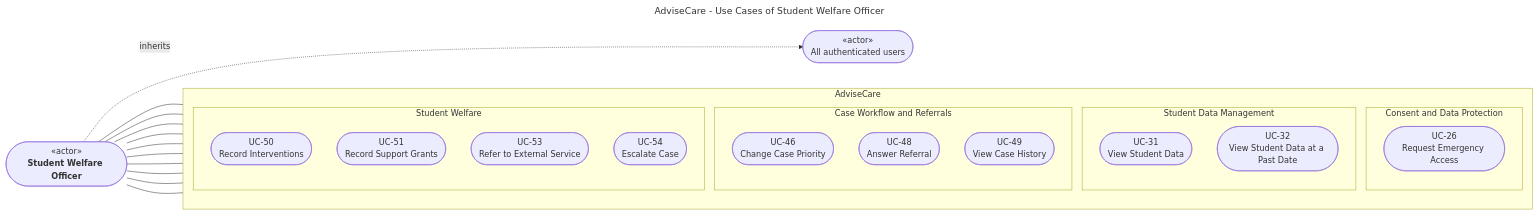
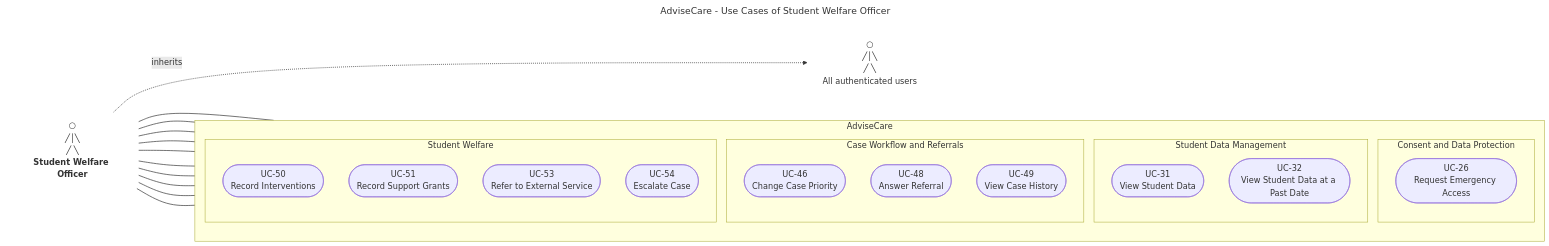
The diagram in Mermaid/Report 3/Use Case/Use_Case_7_Student_Welfare_Officer.mmd (DanieLsvenn/AdviseCare), drawn with Mermaid before and after one commit. The commit also changed 36 other files, not shown here.

```diff
--- a/Mermaid/Report 3/Use Case/Use_Case_7_Student_Welfare_Officer.mmd
+++ b/Mermaid/Report 3/Use Case/Use_Case_7_Student_Welfare_Officer.mmd
@@ -1,38 +1,41 @@
 ---
 title: AdviseCare - Use Cases of Student Welfare Officer
 ---
 flowchart LR
-    ACT(["&laquo;actor&raquo;<br/><b>Student Welfare Officer</b>"])
-    GEN(["&laquo;actor&raquo;<br/>All authenticated users"])
+    ACT["○<br/>╱│╲<br/>╱ ╲<br/><b>Student Welfare Officer</b>"]
+    GEN["○<br/>╱│╲<br/>╱ ╲<br/>All authenticated users"]
     ACT -.->|"inherits"| GEN
     subgraph SYS["AdviseCare"]
         direction TB
         subgraph CON["Consent and Data Protection"]
             UC26(["UC-26<br/>Request Emergency Access"])
         end
         subgraph SDA["Student Data Management"]
             UC31(["UC-31<br/>View Student Data"])
             UC32(["UC-32<br/>View Student Data at a Past Date"])
         end
         subgraph CWF["Case Workflow and Referrals"]
             UC46(["UC-46<br/>Change Case Priority"])
             UC48(["UC-48<br/>Answer Referral"])
             UC49(["UC-49<br/>View Case History"])
         end
         subgraph WEL["Student Welfare"]
             UC50(["UC-50<br/>Record Interventions"])
             UC51(["UC-51<br/>Record Support Grants"])
             UC53(["UC-53<br/>Refer to External Service"])
             UC54(["UC-54<br/>Escalate Case"])
         end
     end
     ACT --- UC26
     ACT --- UC31
     ACT --- UC32
     ACT --- UC46
     ACT --- UC48
     ACT --- UC49
     ACT --- UC50
     ACT --- UC51
     ACT --- UC53
     ACT --- UC54
+    linkStyle default stroke-width: 1pt;
+    classDef actor fill:transparent,stroke:transparent,stroke-width:0px;
+    class ACT,GEN actor;
```
